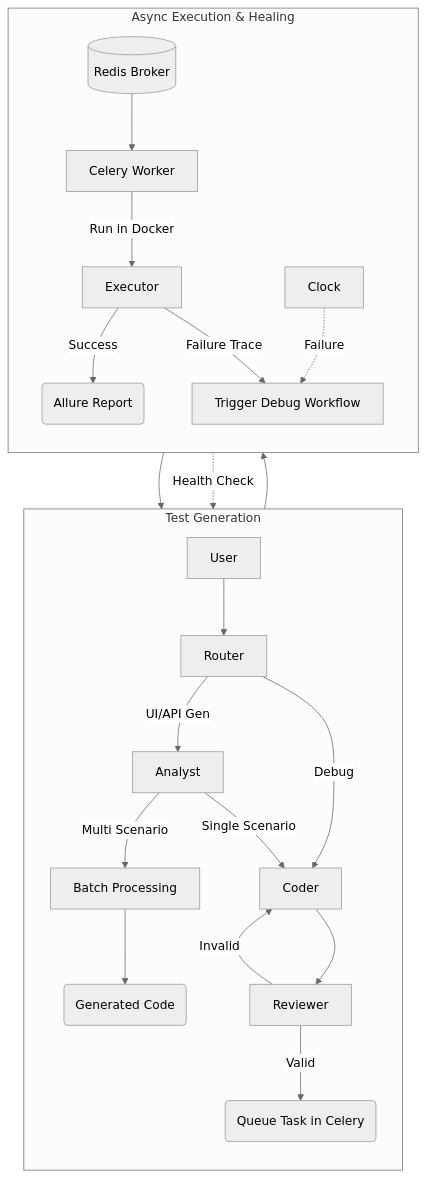
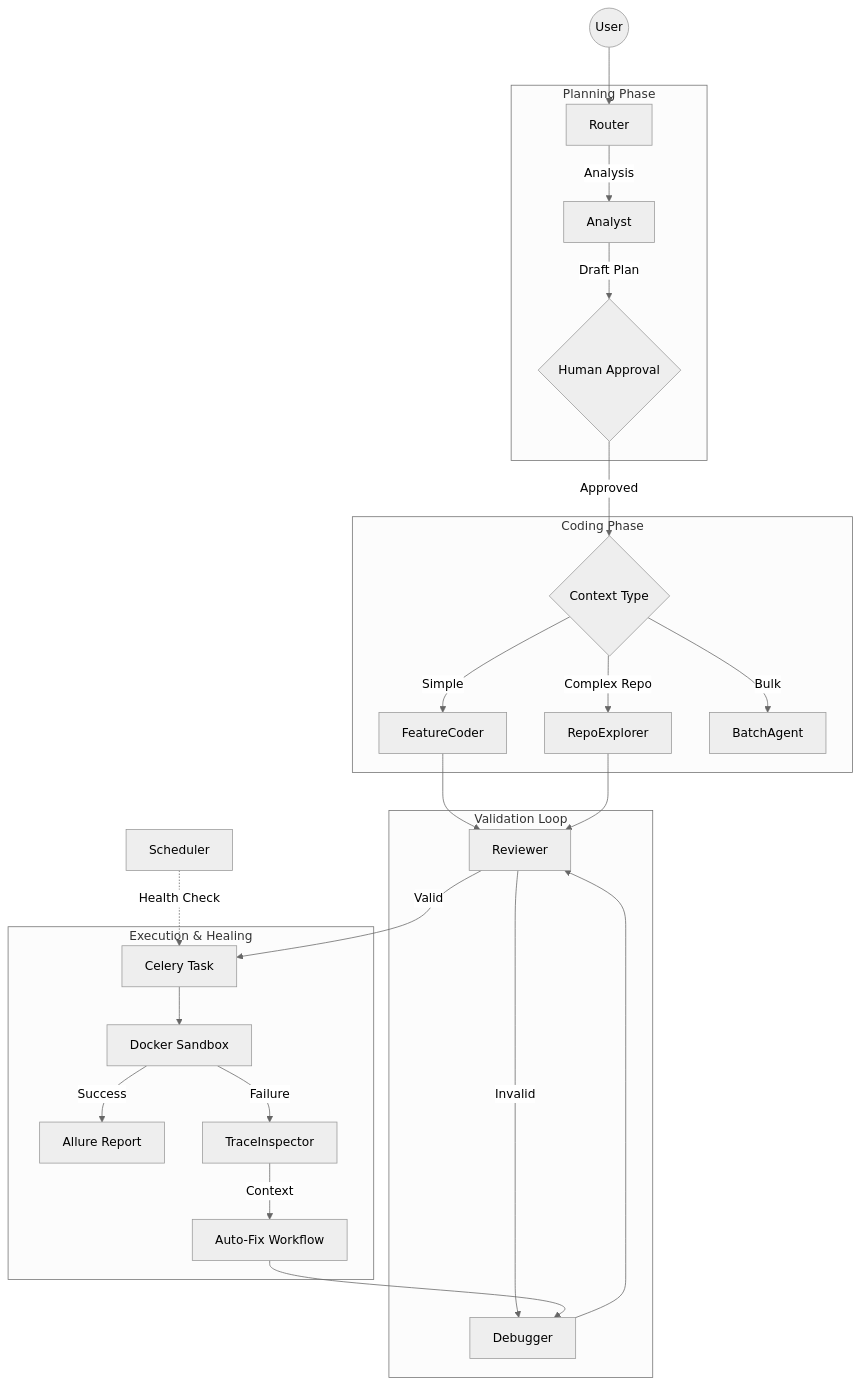
Before and after one commit to ShutovKS/copilot-audit: the diagram in backend/README.md, drawn with Mermaid (neutral theme). The commit also changed other lines of this file and 29 other files, not shown here.

````diff
--- a/backend/README.md
+++ b/backend/README.md
@@ -60,29 +60,34 @@
 ```mermaid
 graph TD
-
-    subgraph "Test Generation"
-        direction TB
-        User --> Router
-        Router -->|UI/API Gen| Analyst
-        Router -->|Debug| Coder
-        Analyst -->|Single Scenario| Coder
-        Analyst -->|Multi Scenario| Batch[Batch Processing]
-        Batch --> FinalGen(Generated Code)
-        Coder --> Reviewer
-        Reviewer -->|Valid| QueueTask(Queue Task in Celery)
-        Reviewer -->|Invalid| Coder
+    User((User)) --> Router
+    
+    subgraph "Planning Phase"
+        Router -->|Analysis| Analyst
+        Analyst -->|Draft Plan| HumanGate{Human Approval}
     end
 
-    subgraph "Async Execution & Healing"
-        direction TB
-        QueueTask --> Redis[(Redis Broker)]
-        Redis --> Worker[Celery Worker]
-        Worker -->|Run in Docker| Executor
-        Executor -->|Success| FinalReport(Allure Report)
-        Executor -->|Failure Trace| AutoFix[Trigger Debug Workflow]
-        AutoFix --> Coder
-        Scheduler[Clock] -.->|Failure| AutoFix
-        Scheduler -.->|Health Check| QueueTask
+    subgraph "Coding Phase"
+        HumanGate -->|Approved| Routing{Context Type}
+        Routing -->|Simple| FeatureCoder
+        Routing -->|Complex Repo| RepoExplorer
+        Routing -->|Bulk| BatchAgent
     end
 
+    subgraph "Validation Loop"
+        FeatureCoder --> Reviewer
+        RepoExplorer --> Reviewer
+        Reviewer -->|Invalid| Debugger
+        Debugger --> Reviewer
+    end
+
+    subgraph "Execution & Healing"
+        Reviewer -->|Valid| QueueTask[Celery Task]
+        QueueTask --> Executor[Docker Sandbox]
+        Executor -->|Success| Report[Allure Report]
+        Executor -->|Failure| TraceInspector
+        TraceInspector -->|Context| AutoFix[Auto-Fix Workflow]
+        AutoFix --> Debugger
+    end
+
+    Scheduler -.->|Health Check| QueueTask
 ```
````
